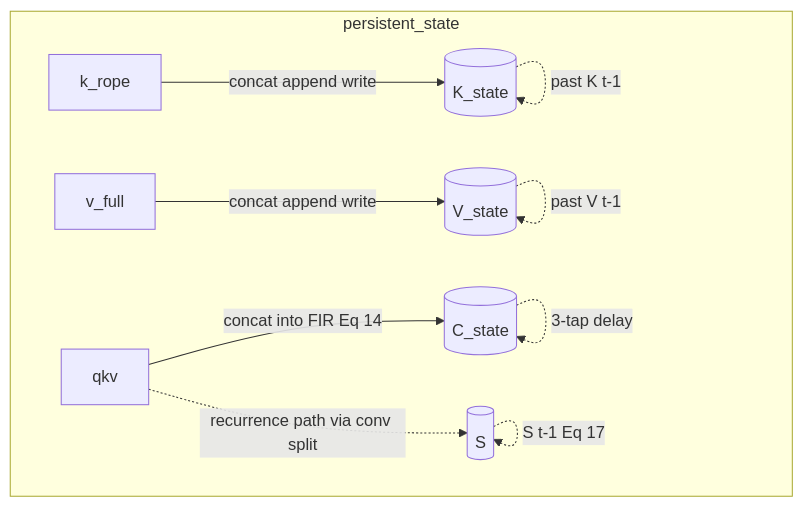
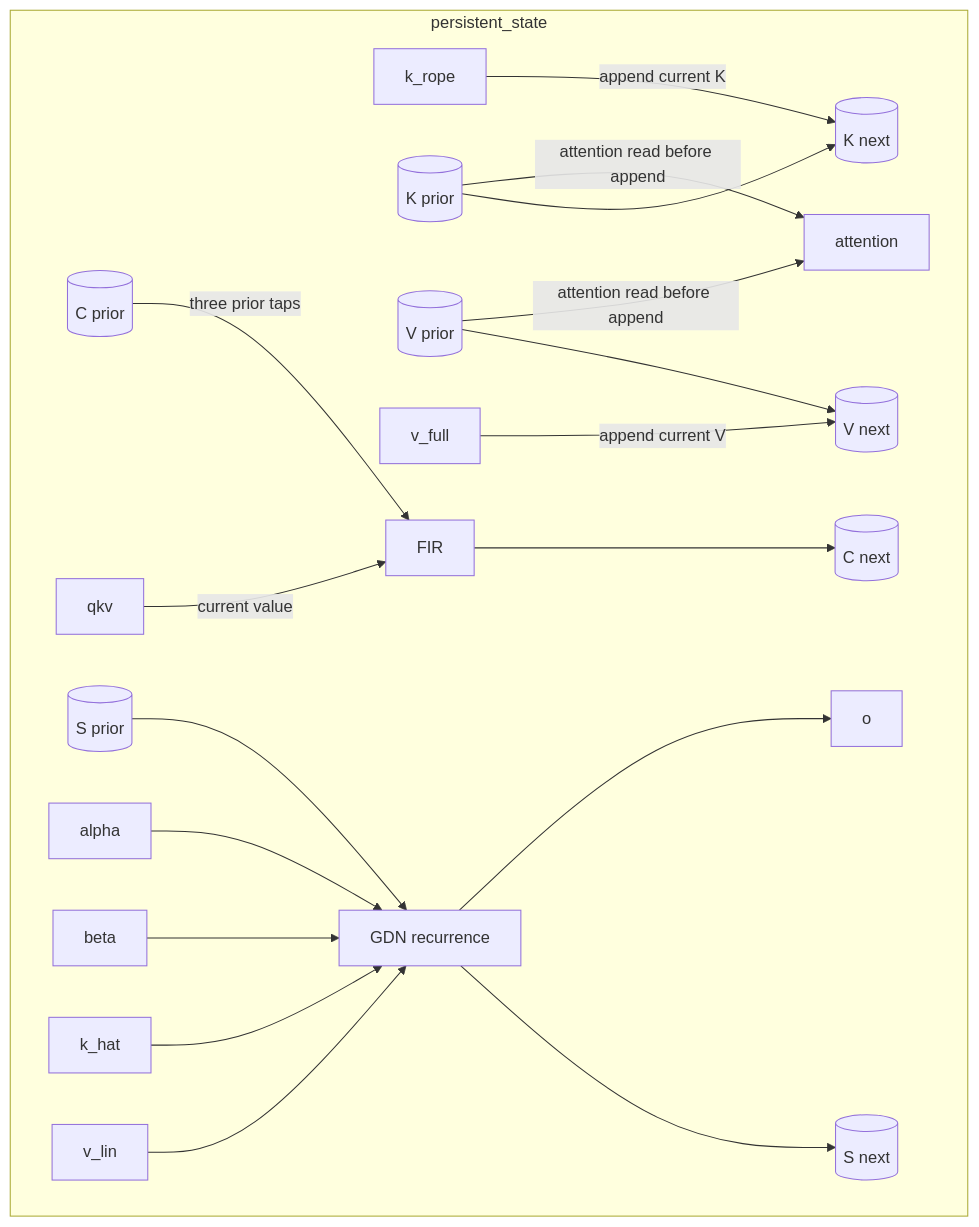
One commit to Enucatl/qw38 changed the sixth of 8 diagrams in docs/architecture/dataflow.md. Above: the diagram before and after it, drawn with Mermaid. The commit also changed other lines of this file and 41 other files, not shown here.

````diff
--- a/docs/architecture/dataflow.md
+++ b/docs/architecture/dataflow.md
@@ -302,20 +305,40 @@
 ```mermaid
 flowchart TB
     subgraph persistent_state
         k_rope[k_rope]
         v_full[v_full]
         qkv[qkv]
-        K_state[(K_state)]
-        V_state[(V_state)]
-        C_state[(C_state)]
-        S[(S)]
+        K_prior[(K prior)]
+        V_prior[(V prior)]
+        C_prior[(C prior)]
+        S_prior[(S prior)]
+        attention[attention]
+        fir[FIR]
+        recurrence[GDN recurrence]
+        K_next[(K next)]
+        V_next[(V next)]
+        C_next[(C next)]
+        S_next[(S next)]
+        alpha[alpha]
+        beta[beta]
+        k_hat[k_hat]
+        v_lin[v_lin]
+        o[o]
     end
-    K_state -.->|past K t-1| K_state
-    k_rope -->|concat append write| K_state
-    V_state -.->|past V t-1| V_state
-    v_full -->|concat append write| V_state
-    C_state -.->|3-tap delay| C_state
-    qkv -->|concat into FIR Eq 14| C_state
-    S -.->|S t-1 Eq 17| S
-    qkv -.->|recurrence path via conv split| S
+    K_prior -->|attention read before append| attention
+    V_prior -->|attention read before append| attention
+    K_prior --> K_next
+    k_rope -->|append current K| K_next
+    V_prior --> V_next
+    v_full -->|append current V| V_next
+    C_prior -->|three prior taps| fir
+    qkv -->|current value| fir
+    fir --> C_next
+    S_prior --> recurrence
+    alpha --> recurrence
+    beta --> recurrence
+    k_hat --> recurrence
+    v_lin --> recurrence
+    recurrence --> o
+    recurrence --> S_next
 ```
````
